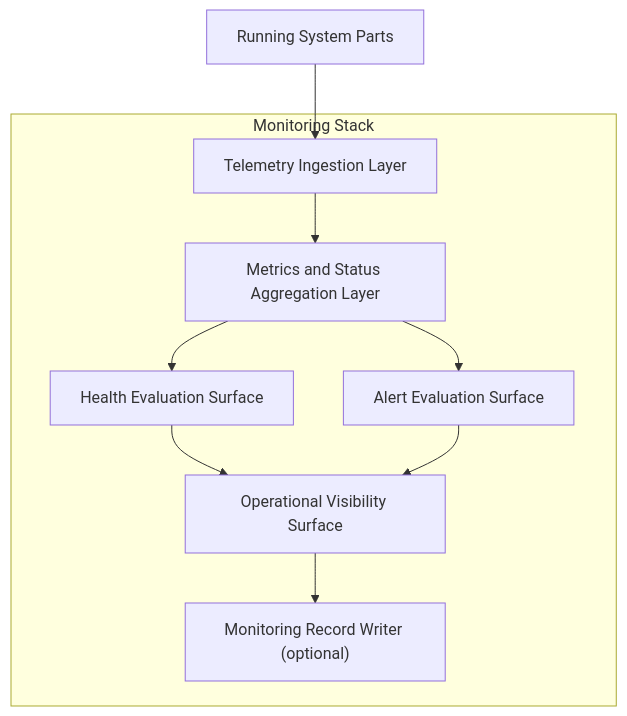
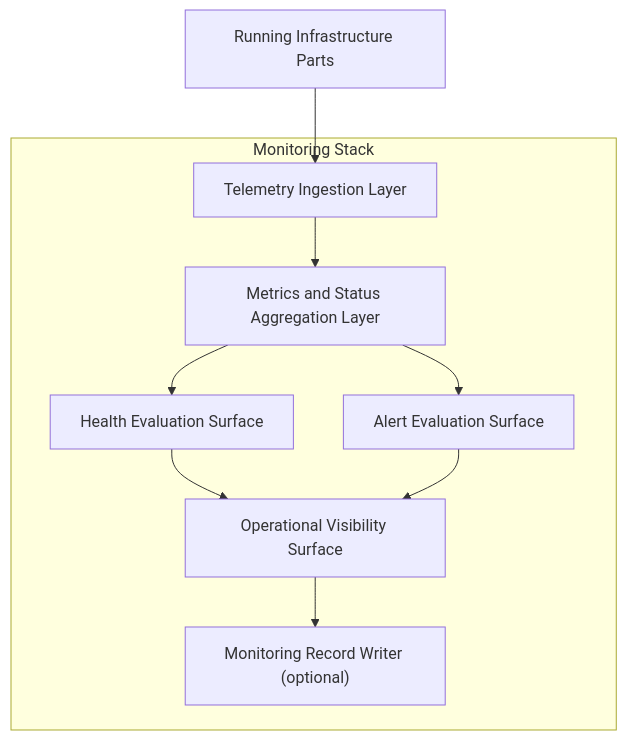
One commit to TradingChassis/docs changed the diagram in docs/30-stacks/monitoring/internal-structure.md. Above: the diagram before and after it, drawn with Mermaid. The commit also changed other lines of this file and 73 other files, not shown here.

````diff
--- a/docs/30-stacks/monitoring/internal-structure.md
+++ b/docs/30-stacks/monitoring/internal-structure.md
@@ -13,16 +13,16 @@
 ```mermaid
 flowchart TB
-    RS["Running System Parts"] --> TIL["Telemetry Ingestion Layer"]
+    RS["Running Infrastructure Parts"] --> TIL["Telemetry Ingestion Layer"]
 
     subgraph "Monitoring Stack"
         TIL --> MAS["Metrics and Status Aggregation Layer"]
 
         MAS --> HES["Health Evaluation Surface"]
         MAS --> AES["Alert Evaluation Surface"]
 
         HES --> OVS["Operational Visibility Surface"]
         AES --> OVS
 
         OVS --> MRW["Monitoring Record Writer (optional)"]
     end
 ```
````
